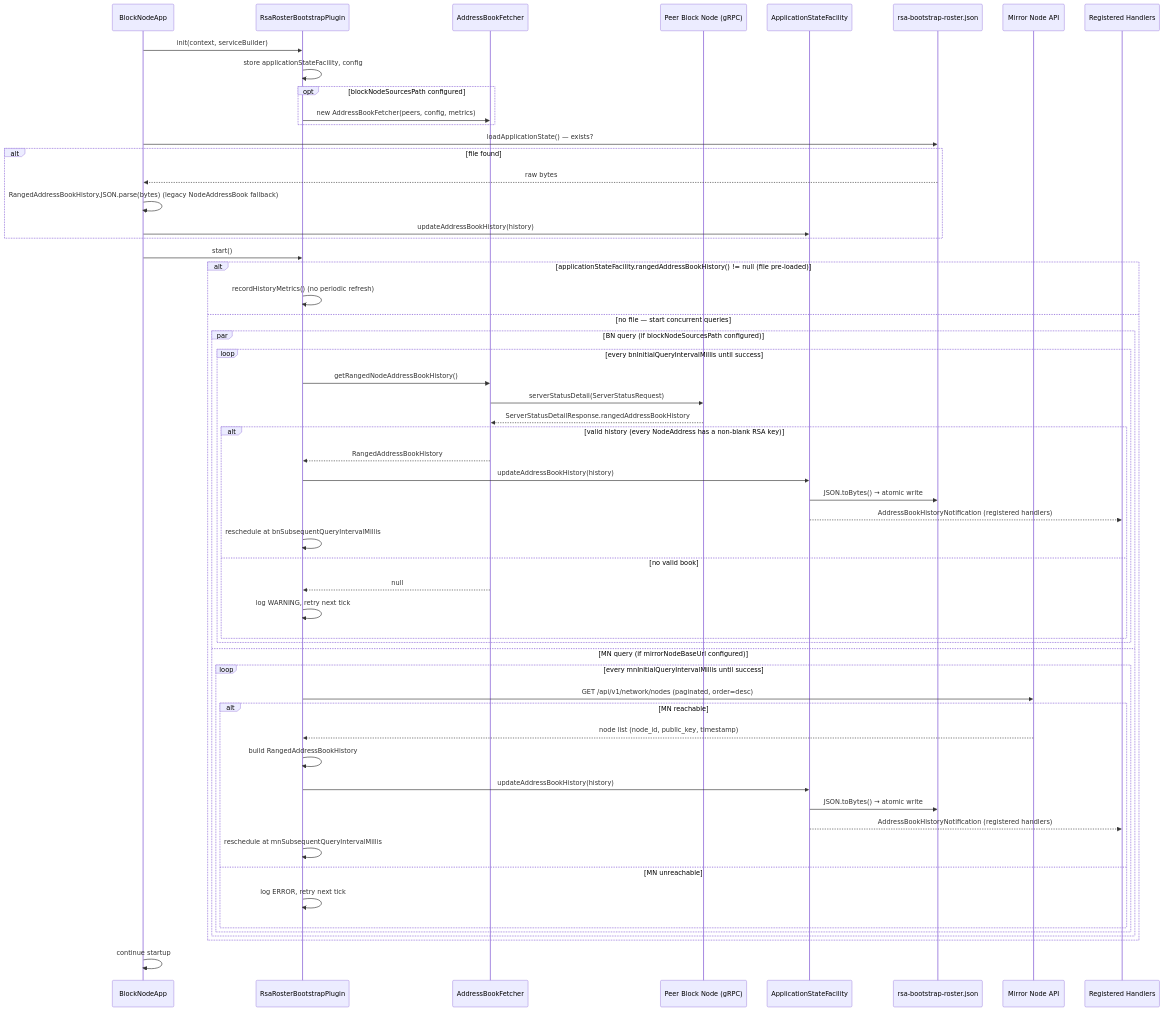
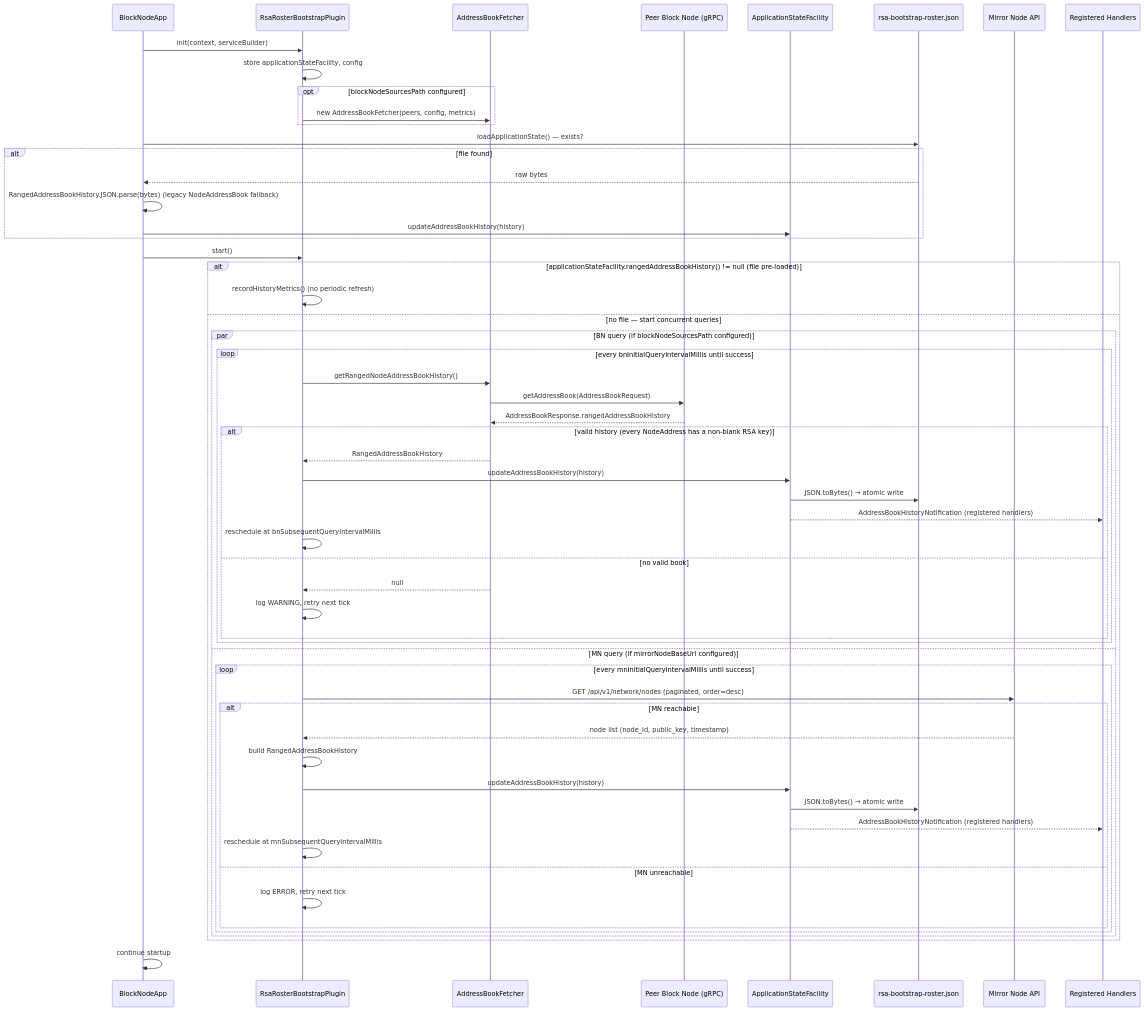
Before and after one commit to hiero-ledger/hiero-block-node: the first of 2 diagrams in docs/design/wrb-streaming/bootstrap-roster-plugin.md, drawn with Mermaid. The commit also changed other lines of this file and 11 other files, not shown here.

````diff
--- a/docs/design/wrb-streaming/bootstrap-roster-plugin.md
+++ b/docs/design/wrb-streaming/bootstrap-roster-plugin.md
@@ -534,61 +537,61 @@
 ```mermaid
 sequenceDiagram
     participant App as BlockNodeApp
     participant Plugin as RsaRosterBootstrapPlugin
     participant Fetcher as AddressBookFetcher
     participant PeerBN as Peer Block Node (gRPC)
     participant Facility as ApplicationStateFacility
     participant File as rsa-bootstrap-roster.json
     participant MN as Mirror Node API
     participant Plugins as Registered Handlers
 
     App->>Plugin: init(context, serviceBuilder)
     Plugin->>Plugin: store applicationStateFacility, config
     opt blockNodeSourcesPath configured
         Plugin->>Fetcher: new AddressBookFetcher(peers, config, metrics)
     end
     App->>File: loadApplicationState() — exists?
     alt file found
         File-->>App: raw bytes
         App->>App: RangedAddressBookHistory.JSON.parse(bytes) (legacy NodeAddressBook fallback)
         App->>Facility: updateAddressBookHistory(history)
     end
     App->>Plugin: start()
 
     alt applicationStateFacility.rangedAddressBookHistory() != null (file pre-loaded)
         Plugin->>Plugin: recordHistoryMetrics() (no periodic refresh)
     else no file — start concurrent queries
         par BN query (if blockNodeSourcesPath configured)
             loop every bnInitialQueryIntervalMillis until success
                 Plugin->>Fetcher: getRangedNodeAddressBookHistory()
-                Fetcher->>PeerBN: serverStatusDetail(ServerStatusRequest)
-                PeerBN-->>Fetcher: ServerStatusDetailResponse.rangedAddressBookHistory
+                Fetcher->>PeerBN: getAddressBook(AddressBookRequest)
+                PeerBN-->>Fetcher: AddressBookResponse.rangedAddressBookHistory
                 alt valid history (every NodeAddress has a non-blank RSA key)
                     Fetcher-->>Plugin: RangedAddressBookHistory
                     Plugin->>Facility: updateAddressBookHistory(history)
                     Facility->>File: JSON.toBytes() → atomic write
                     Facility-->>Plugins: AddressBookHistoryNotification (registered handlers)
                     Plugin->>Plugin: reschedule at bnSubsequentQueryIntervalMillis
                 else no valid book
                     Fetcher-->>Plugin: null
                     Plugin->>Plugin: log WARNING, retry next tick
                 end
             end
         and MN query (if mirrorNodeBaseUrl configured)
             loop every mnInitialQueryIntervalMillis until success
                 Plugin->>MN: GET /api/v1/network/nodes (paginated, order=desc)
                 alt MN reachable
                     MN-->>Plugin: node list (node_id, public_key, timestamp)
                     Plugin->>Plugin: build RangedAddressBookHistory
                     Plugin->>Facility: updateAddressBookHistory(history)
                     Facility->>File: JSON.toBytes() → atomic write
                     Facility-->>Plugins: AddressBookHistoryNotification (registered handlers)
                     Plugin->>Plugin: reschedule at mnSubsequentQueryIntervalMillis
                 else MN unreachable
                     Plugin->>Plugin: log ERROR, retry next tick
                 end
             end
         end
     end
     App->>App: continue startup
 ```
````
